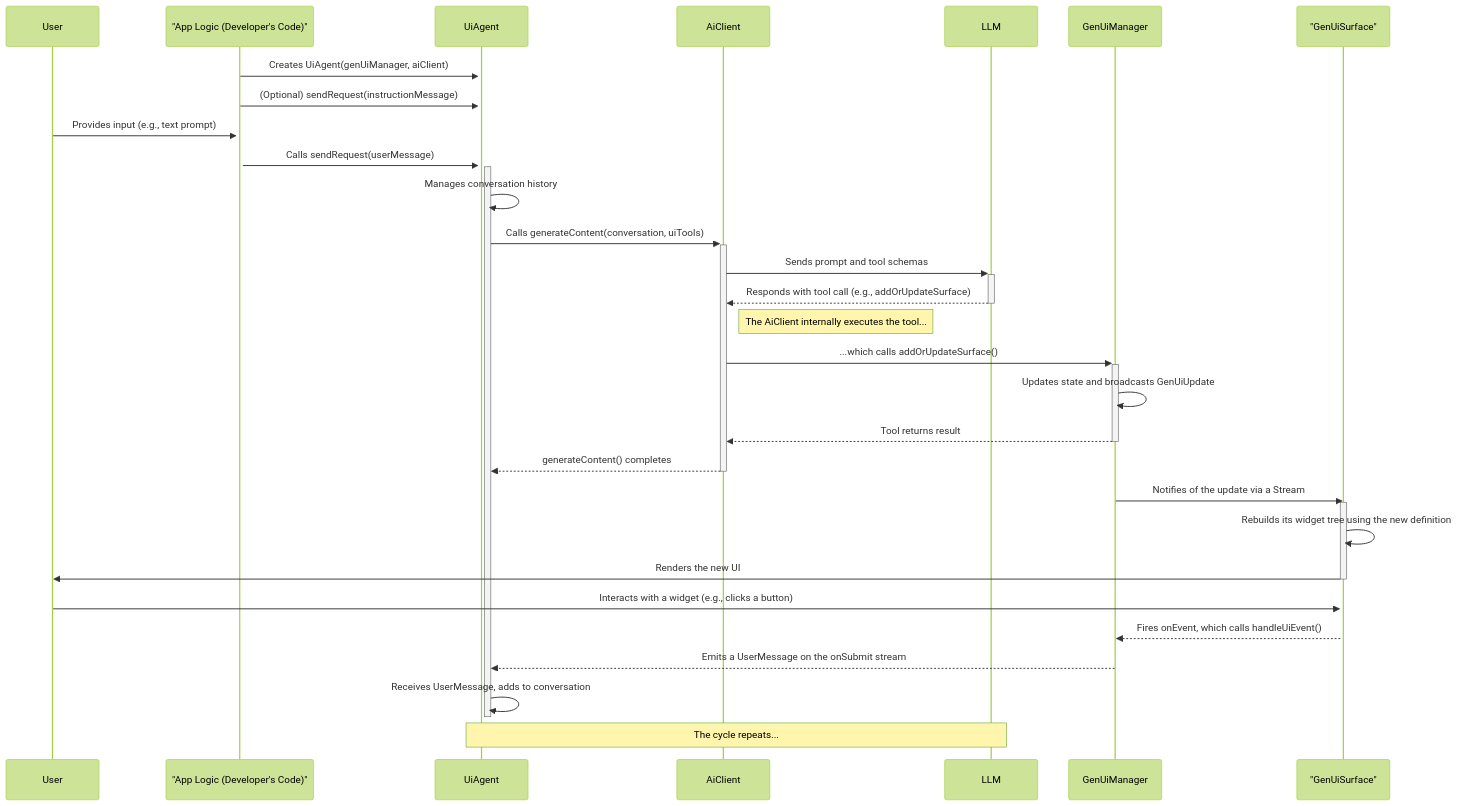
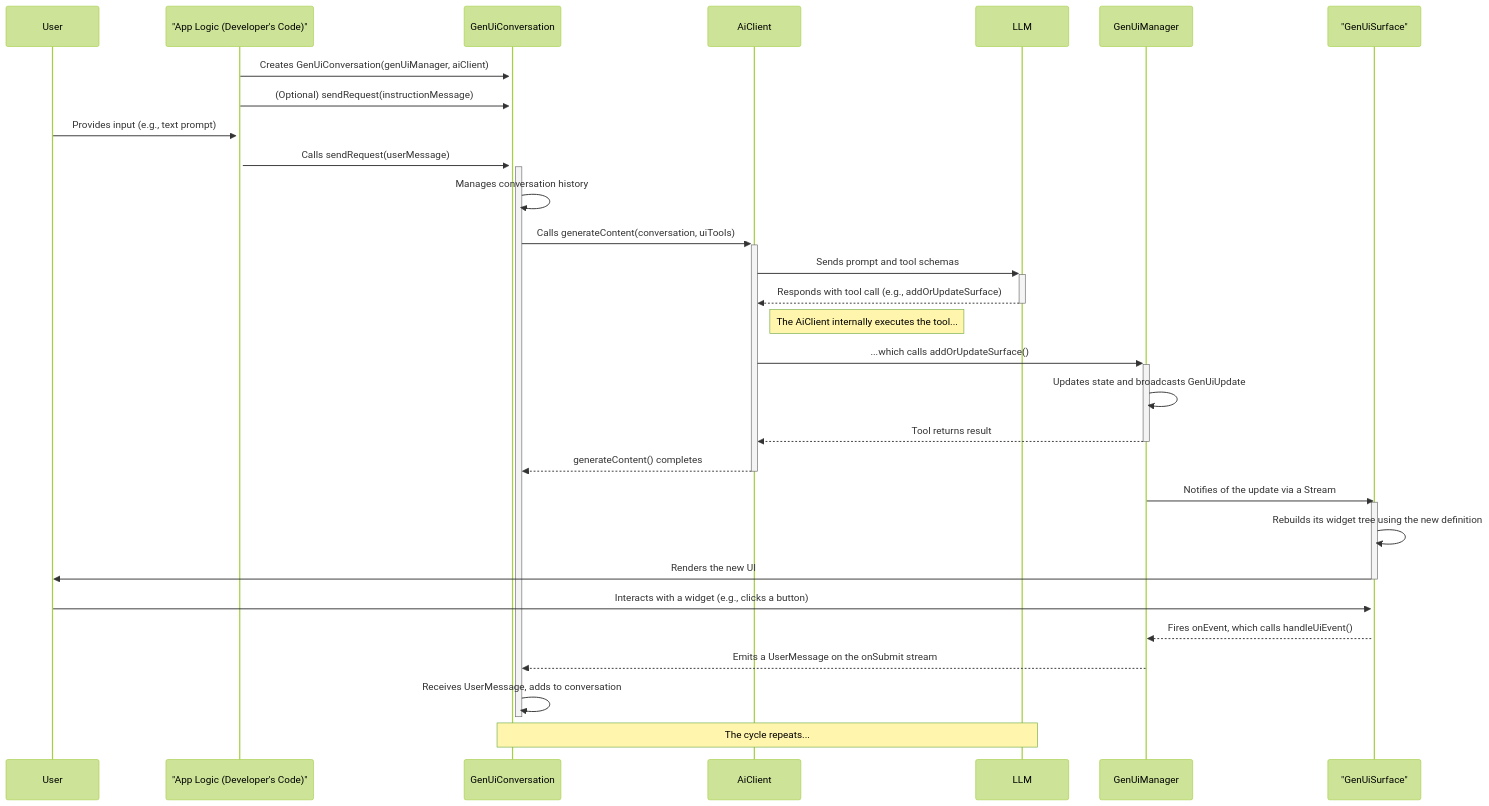
The second of 2 diagrams in packages/flutter_genui/IMPLEMENTATION.md (sethladd/genui), drawn with Mermaid (forest theme) before and after one commit. The commit also changed other lines of this file and 8 other files, not shown here.

Commit message:
Rename UiAgent to GenUiConversation (#420)

````diff
--- a/packages/flutter_genui/IMPLEMENTATION.md
+++ b/packages/flutter_genui/IMPLEMENTATION.md
@@ -99,41 +99,41 @@
 ```mermaid
 sequenceDiagram
     participant User
     participant AppLogic as "App Logic (Developer's Code)"
-    participant UiAgent
+    participant GenUiConversation
     participant AiClient
     participant LLM
     participant GenUiManager
     participant GenUiSurface as "GenUiSurface"
 
-    AppLogic->>+UiAgent: Creates UiAgent(genUiManager, aiClient)
-    AppLogic->>+UiAgent: (Optional) sendRequest(instructionMessage)
+    AppLogic->>+GenUiConversation: Creates GenUiConversation(genUiManager, aiClient)
+    AppLogic->>+GenUiConversation: (Optional) sendRequest(instructionMessage)
 
     User->>+AppLogic: Provides input (e.g., text prompt)
-    AppLogic->>+UiAgent: Calls sendRequest(userMessage)
-    UiAgent->>UiAgent: Manages conversation history
-    UiAgent->>+AiClient: Calls generateContent(conversation, uiTools)
+    AppLogic->>+GenUiConversation: Calls sendRequest(userMessage)
+    GenUiConversation->>GenUiConversation: Manages conversation history
+    GenUiConversation->>+AiClient: Calls generateContent(conversation, uiTools)
     AiClient->>+LLM: Sends prompt and tool schemas
     LLM-->>-AiClient: Responds with tool call (e.g., addOrUpdateSurface)
 
     Note right of AiClient: The AiClient internally executes the tool...
     AiClient->>+GenUiManager: ...which calls addOrUpdateSurface()
     GenUiManager->>GenUiManager: Updates state and broadcasts GenUiUpdate
     GenUiManager-->>-AiClient: Tool returns result
-    AiClient-->>-UiAgent: generateContent() completes
+    AiClient-->>-GenUiConversation: generateContent() completes
 
     %% The UI updates asynchronously based on the stream
     GenUiManager->>GenUiSurface: Notifies of the update via a Stream
     activate GenUiSurface
     GenUiSurface->>GenUiSurface: Rebuilds its widget tree using the new definition
     GenUiSurface->>User: Renders the new UI
     deactivate GenUiSurface
 
     %% Later, the user interacts
     User->>+GenUiSurface: Interacts with a widget (e.g., clicks a button)
     GenUiSurface-->>GenUiManager: Fires onEvent, which calls handleUiEvent()
-    GenUiManager-->>UiAgent: Emits a UserMessage on the onSubmit stream
-    UiAgent->>UiAgent: Receives UserMessage, adds to conversation
-    deactivate UiAgent
-    Note over UiAgent, LLM: The cycle repeats...
+    GenUiManager-->>GenUiConversation: Emits a UserMessage on the onSubmit stream
+    GenUiConversation->>GenUiConversation: Receives UserMessage, adds to conversation
+    deactivate GenUiConversation
+    Note over GenUiConversation, LLM: The cycle repeats...
 ```
````
